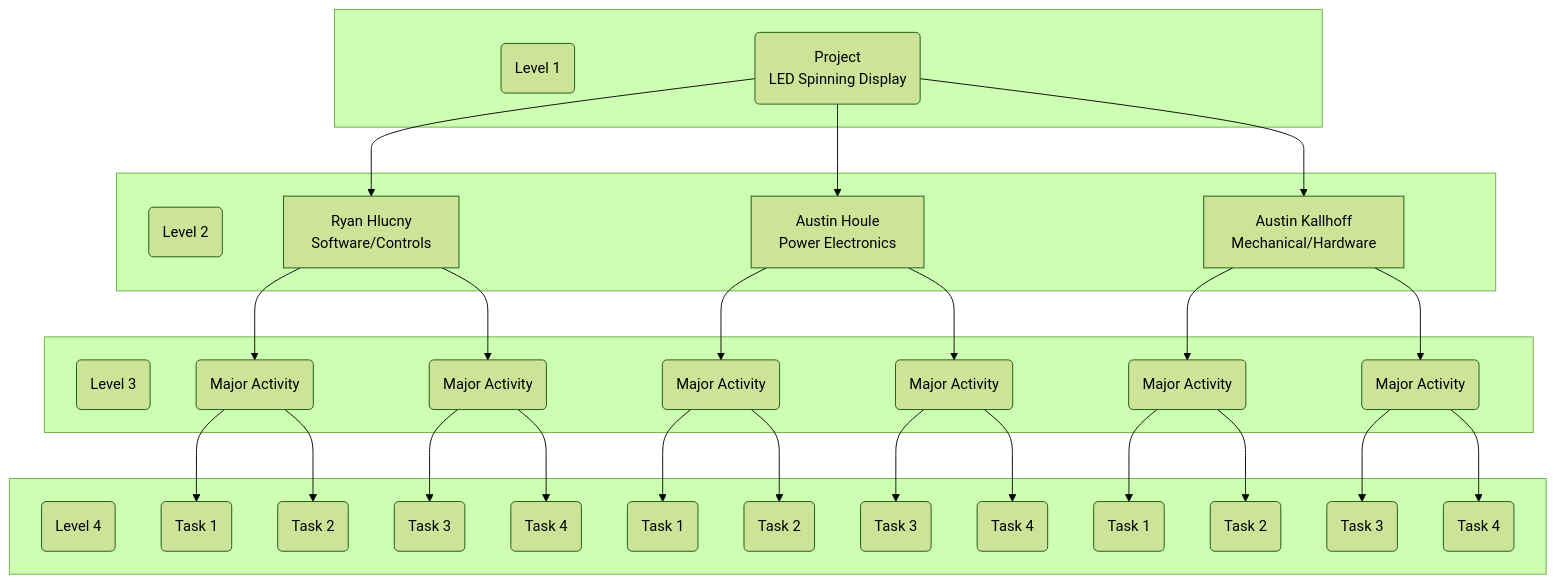
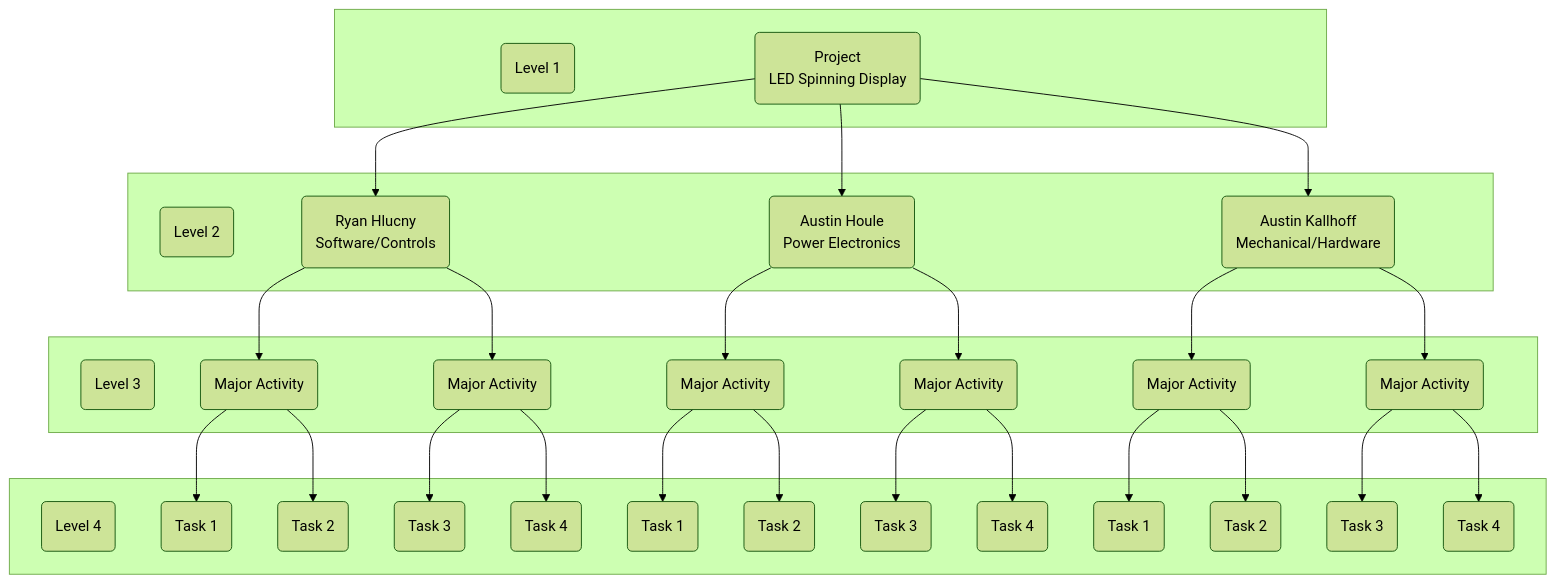
Before and after one commit to RyanHlucny/LED_POV: the diagram in SD403/HW02/HW02_Work_Breakdown_Structure.md, drawn with Mermaid (forest theme). The commit also changed 2 other files, not shown here.

Commit message:
updated docs for task 2

````diff
--- a/SD403/HW02/HW02_Work_Breakdown_Structure.md
+++ b/SD403/HW02/HW02_Work_Breakdown_Structure.md
@@ -5,41 +5,49 @@
 ```mermaid
 flowchart TB
   subgraph one [ ]
     L1(Level 1)
-    A("`Project
-    LED Spinning Display`")
+    A("
+    Project 
+    LED Spinning Display
+    ")
   end
   subgraph two [ ]
     L2(Level 2)
-    A --> B1["`Ryan Hlucny
-    Software/Controls`"]
-    A --> B2["`Austin Houle
-    Power Electronics`"]
-    A --> B3["`Austin Kallhoff
-    Mechanical/Hardware`"]
+    A --> B1("
+    Ryan Hlucny
+    Software/Controls
+    ")
+    A --> B2("
+    Austin Houle
+    Power Electronics
+    ")
+    A --> B3("
+    Austin Kallhoff
+    Mechanical/Hardware
+    ")
   end
   subgraph three [ ]
     L3(Level 3)
     B1 --> C1(Major Activity)
     B1 --> C2(Major Activity)
     B2 --> C3(Major Activity)
     B2 --> C4(Major Activity)
     B3 --> C5(Major Activity)
     B3 --> C6(Major Activity)
   end
   subgraph four [ ]
     L4(Level 4)
     C1 --> T1(Task 1)
     C1 --> T2(Task 2)
     C2 --> T3(Task 3)
     C2 --> T4(Task 4)
     C3 --> T5(Task 1)
     C3 --> T6(Task 2)
     C4 --> T7(Task 3)
     C4 --> T8(Task 4)
     C5 --> T9(Task 1)
     C5 --> T10(Task 2)
     C6 --> T11(Task 3)
     C6 --> T12(Task 4)
   end
 ```
````
